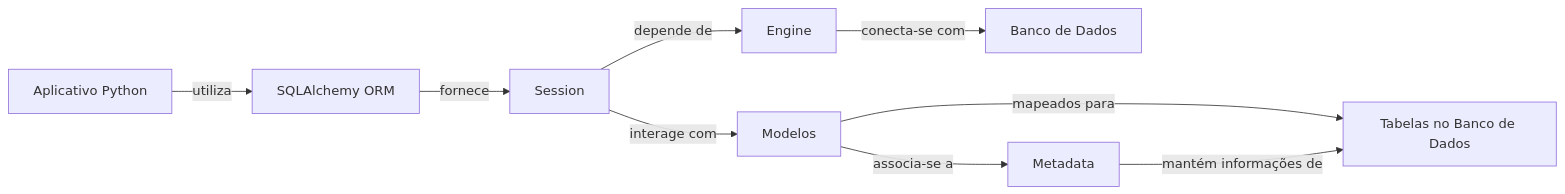
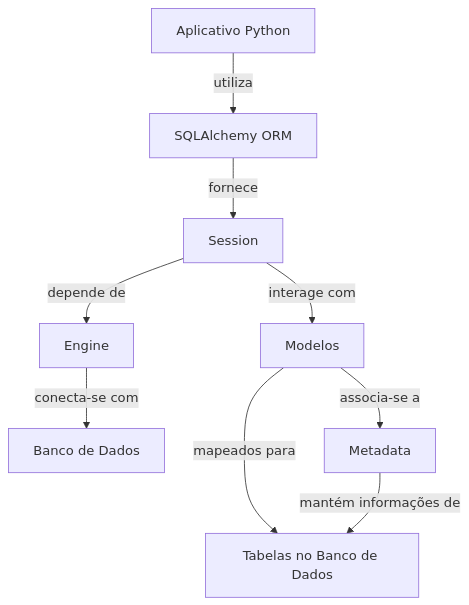
The diagram in slides/brutos/aula_03.md (dunossauro/fastapi-do-zero), drawn with Mermaid before and after one commit. The commit also changed other lines of this file and 4 other files, not shown here.

```diff
--- a/slides/brutos/aula_03.md
+++ b/slides/brutos/aula_03.md
@@ -91,11 +121,11 @@
-<div class="mermaid">
-graph LR
+<div class="mermaid" style="text-align: center;">
+graph
   A[Aplicativo Python] -- utiliza --> B[SQLAlchemy ORM]
   B -- fornece --> D[Session]
   D -- interage com --> C[Modelos]
   C -- mapeados para --> G[Tabelas no Banco de Dados]
   D -- depende de --> E[Engine]
   E -- conecta-se com --> F[Banco de Dados]
   C -- associa-se a --> H[Metadata]
   H -- mantém informações de --> G[Tabelas no Banco de Dados]
 </div>
```
